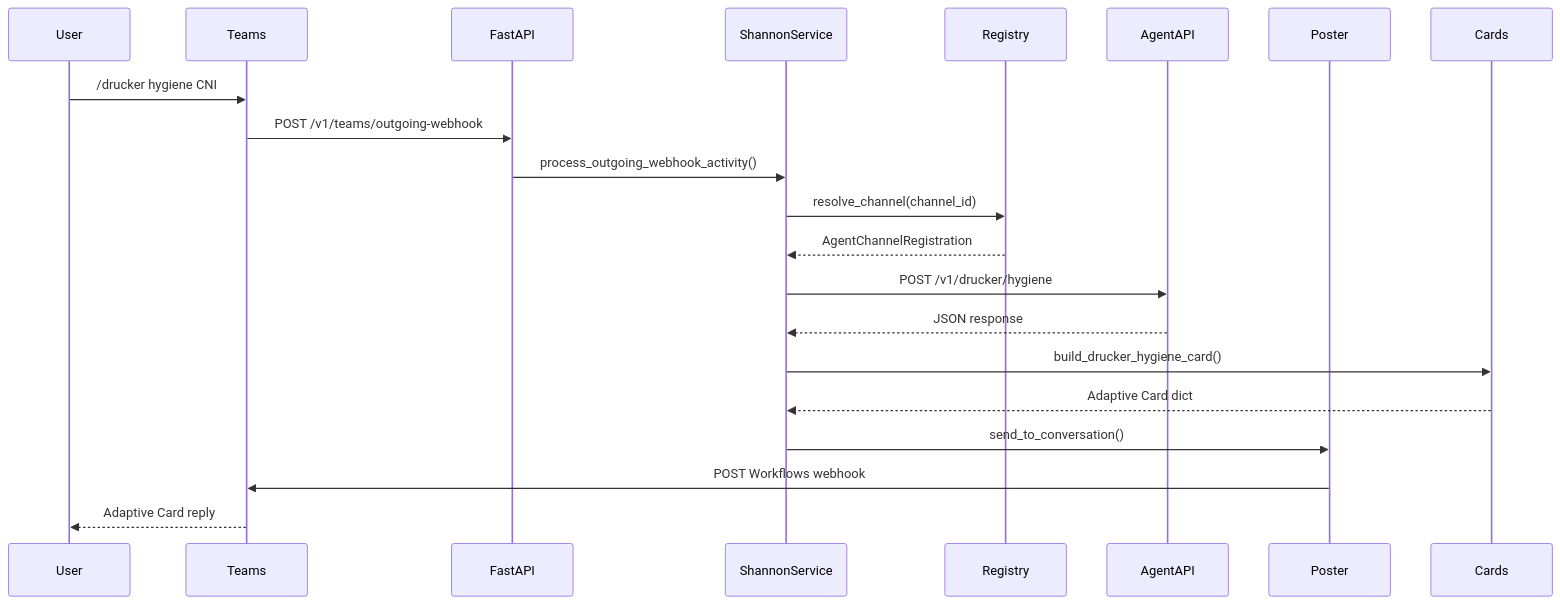
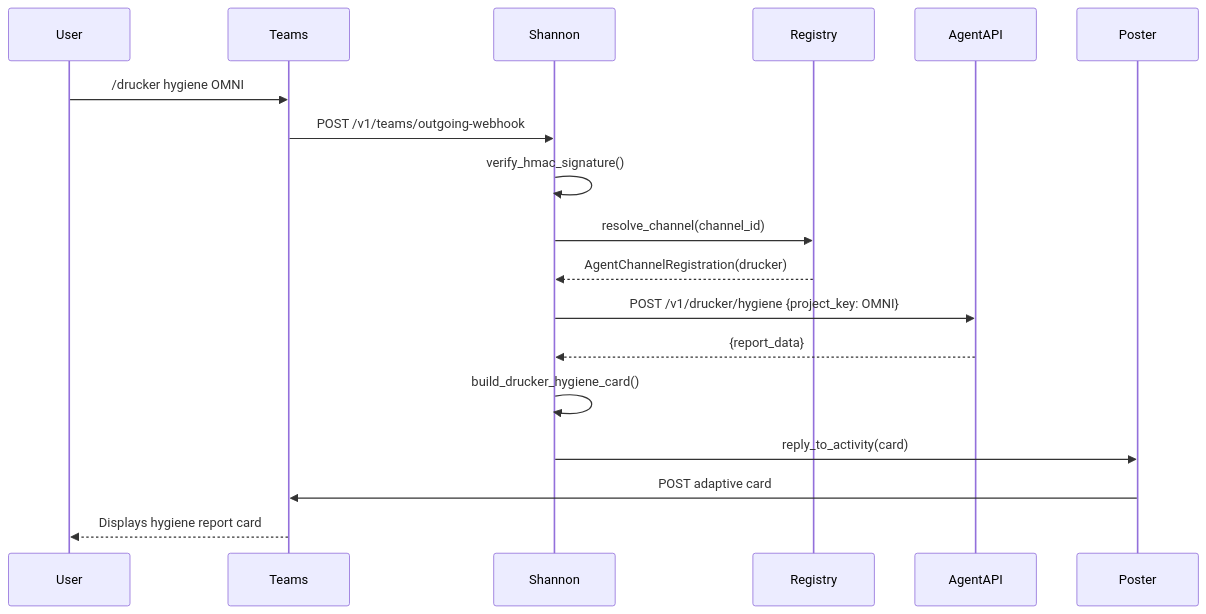
Before and after one commit to jmac-cornelis/agent-workforce: the second of 4 diagrams in agents/shannon/docs/service.md, drawn with Mermaid. The commit also changed other lines of this file and 7 other files, not shown here.

````diff
--- a/agents/shannon/docs/service.md
+++ b/agents/shannon/docs/service.md
@@ -59,23 +63,21 @@
 ```mermaid
 sequenceDiagram
     participant User
     participant Teams
-    participant FastAPI
-    participant ShannonService
+    participant Shannon
     participant Registry
     participant AgentAPI
     participant Poster
 
-    User->>Teams: /drucker hygiene CNI
-    Teams->>FastAPI: POST /v1/teams/outgoing-webhook
-    FastAPI->>ShannonService: process_outgoing_webhook_activity()
-    ShannonService->>Registry: resolve_channel(channel_id)
-    Registry-->>ShannonService: AgentChannelRegistration
-    ShannonService->>AgentAPI: POST /v1/drucker/hygiene
-    AgentAPI-->>ShannonService: JSON response
-    ShannonService->>Cards: build_drucker_hygiene_card()
-    Cards-->>ShannonService: Adaptive Card dict
-    ShannonService->>Poster: send_to_conversation()
-    Poster->>Teams: POST Workflows webhook
-    Teams-->>User: Adaptive Card reply
+    User->>Teams: /drucker hygiene OMNI
+    Teams->>Shannon: POST /v1/teams/outgoing-webhook
+    Shannon->>Shannon: verify_hmac_signature()
+    Shannon->>Registry: resolve_channel(channel_id)
+    Registry-->>Shannon: AgentChannelRegistration(drucker)
+    Shannon->>AgentAPI: POST /v1/drucker/hygiene {project_key: OMNI}
+    AgentAPI-->>Shannon: {report_data}
+    Shannon->>Shannon: build_drucker_hygiene_card()
+    Shannon->>Poster: reply_to_activity(card)
+    Poster->>Teams: POST adaptive card
+    Teams-->>User: Displays hygiene report card
 ```
````
